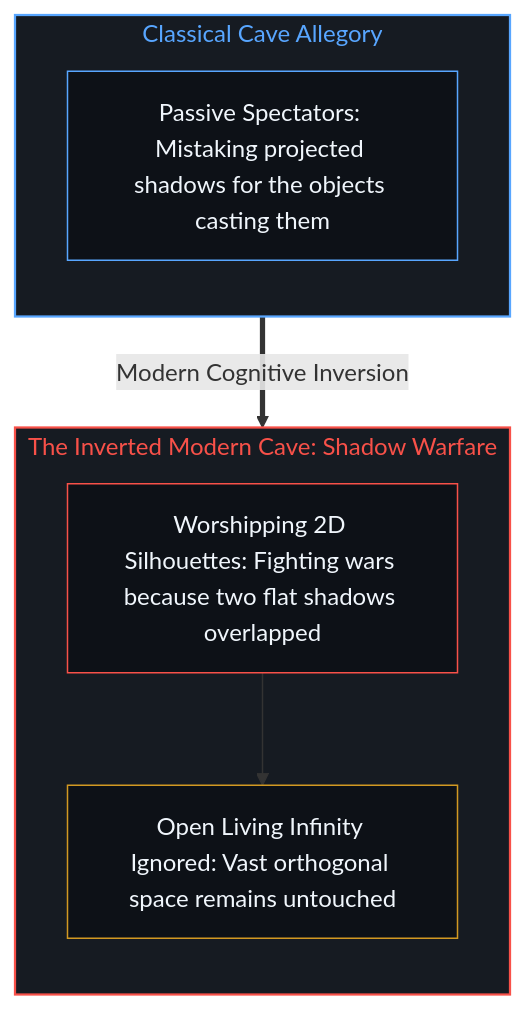
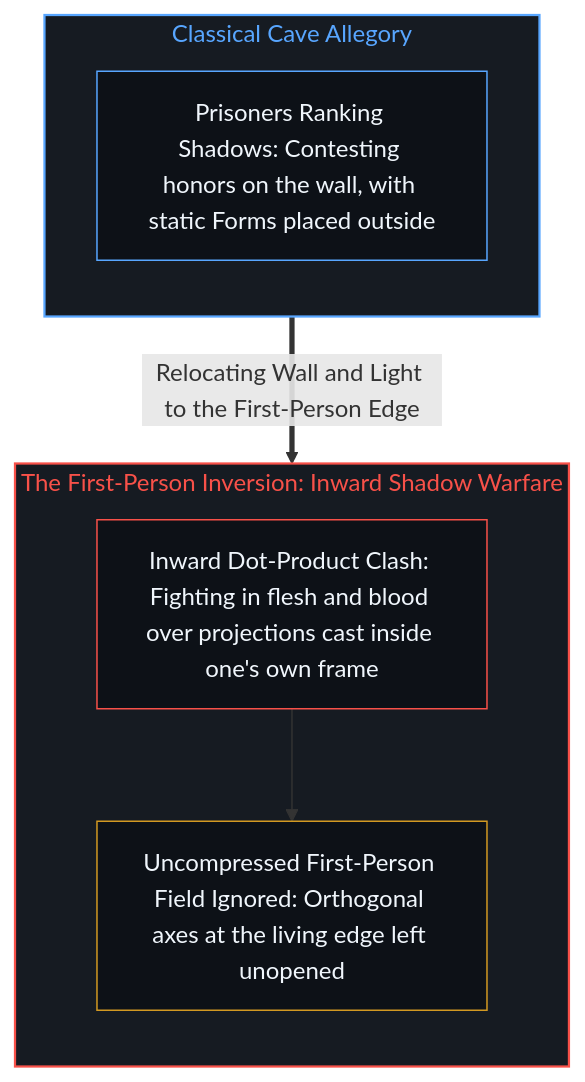
One commit to powerpig99/not-a-toe changed the eighth of 10 diagrams in content/posts/the-shadow-and-the-infinite.md. Above: the diagram before and after it, drawn with Mermaid. The commit also changed other lines of this file and 13 other files, not shown here.

````diff
--- a/content/posts/the-shadow-and-the-infinite.md
+++ b/content/posts/the-shadow-and-the-infinite.md
@@ -237,19 +237,19 @@
 ```mermaid
 flowchart TD
     subgraph PlatoOriginal["Classical Cave Allegory"]
         direction TB
-        PrisonerA["Passive Spectators: Mistaking projected shadows for the objects casting them"]
+        PrisonerA["Prisoners Ranking Shadows: Contesting honors on the wall, with static Forms placed outside"]
     end
-    subgraph InvertedCave["The Inverted Modern Cave: Shadow Warfare"]
+    subgraph InvertedCave["The First-Person Inversion: Inward Shadow Warfare"]
         direction TB
-        ShadowClash["Worshipping 2D Silhouettes: Fighting wars because two flat shadows overlapped"]
-        IgnoredInfinity["Open Living Infinity Ignored: Vast orthogonal space remains untouched"]
+        ShadowClash["Inward Dot-Product Clash: Fighting in flesh and blood over projections cast inside one's own frame"]
+        IgnoredInfinity["Uncompressed First-Person Field Ignored: Orthogonal axes at the living edge left unopened"]
         ShadowClash --> IgnoredInfinity
     end
-    PrisonerA ==>|"Modern Cognitive Inversion"| ShadowClash
+    PrisonerA ==>|"Relocating Wall and Light to the First-Person Edge"| ShadowClash
     style PlatoOriginal fill:#161b22,stroke:#58a6ff,stroke-width:1.5px,color:#58a6ff
     style InvertedCave fill:#161b22,stroke:#f85149,stroke-width:1.5px,color:#f85149
     style PrisonerA fill:#0d1117,stroke:#58a6ff,stroke-width:1px,color:#f0f6fc
     style ShadowClash fill:#0d1117,stroke:#f85149,stroke-width:1px,color:#f0f6fc
     style IgnoredInfinity fill:#0d1117,stroke:#d29922,stroke-width:1px,color:#f0f6fc
 ```
````
